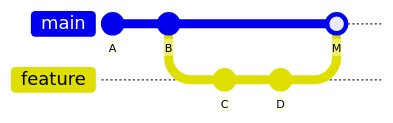
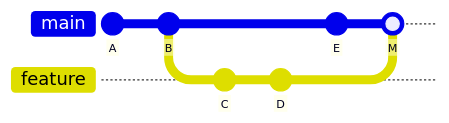
One commit to kwaka1208/zenn changed the second of 4 diagrams in books/git-github-tutorial/12_merge.md. Above: the diagram before and after it, drawn with Mermaid. The commit also changed other lines of this file and 17 other files, not shown here.

````diff
--- a/books/git-github-tutorial/12_merge.md
+++ b/books/git-github-tutorial/12_merge.md
@@ -28,12 +30,13 @@
 ```mermaid
 %%{init: {'gitGraph': {'rotateCommitLabel': false}}}%%
 gitGraph
     commit id: "A"
     commit id: "B"
     branch feature
     checkout feature
     commit id: "C"
     commit id: "D"
     checkout main
+    commit id: "E"
     merge feature id: "M"
 ```
````
